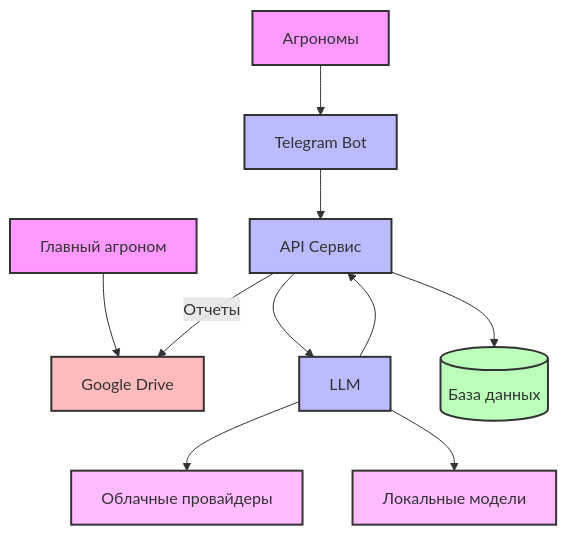
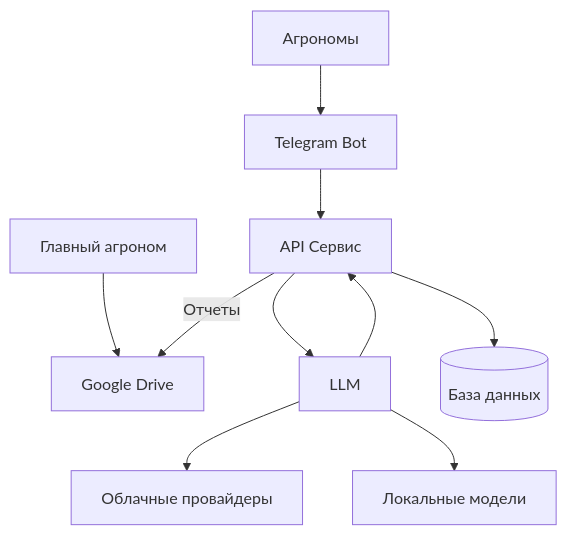
Before and after one commit to airndlab/hacks-llm-coding-challenge-agromate: the diagram in README.md, drawn with Mermaid.

Commit message:
Refactor README.md

````diff
--- a/README.md
+++ b/README.md
@@ -43,36 +43,19 @@
 ```mermaid
 graph TD
     %% Внешние клиенты
     A[Агрономы] --> B[Telegram Bot]
     
     I[Главный агроном] --> G
 
     %% Основные компоненты системы
     B -->C[API Сервис]
     C -->D[LLM]
     D -->J[Облачные провайдеры]
     D -->K[Локальные модели]
 
     D -->C
     C -->E[(База данных)]
     
     %% Экспорт и аналитика
     C -->|Отчеты| G[Google Drive]
-    
-    
-    %% Административный доступ
-    
-    
-    %% Стилизация
-    classDef external fill:#f9f,stroke:#333,stroke-width:2px
-    classDef core fill:#bbf,stroke:#333,stroke-width:2px
-    classDef storage fill:#bfb,stroke:#333,stroke-width:2px
-    classDef analytics fill:#fbb,stroke:#333,stroke-width:2px
-    classDef llm fill:#fbf,stroke:#333,stroke-width:2px
-    
-    class A,I external
-    class B,C,D,F core
-    class E storage
-    class G,H analytics
-    class J,K llm
 ```
````
